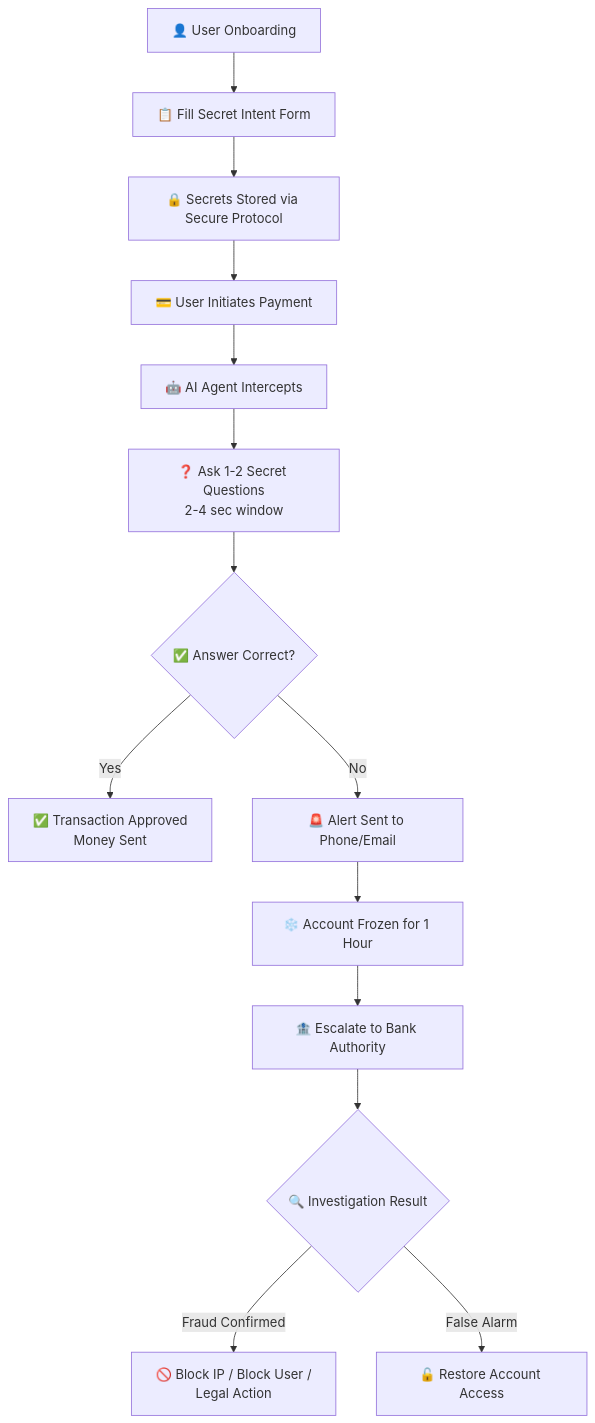
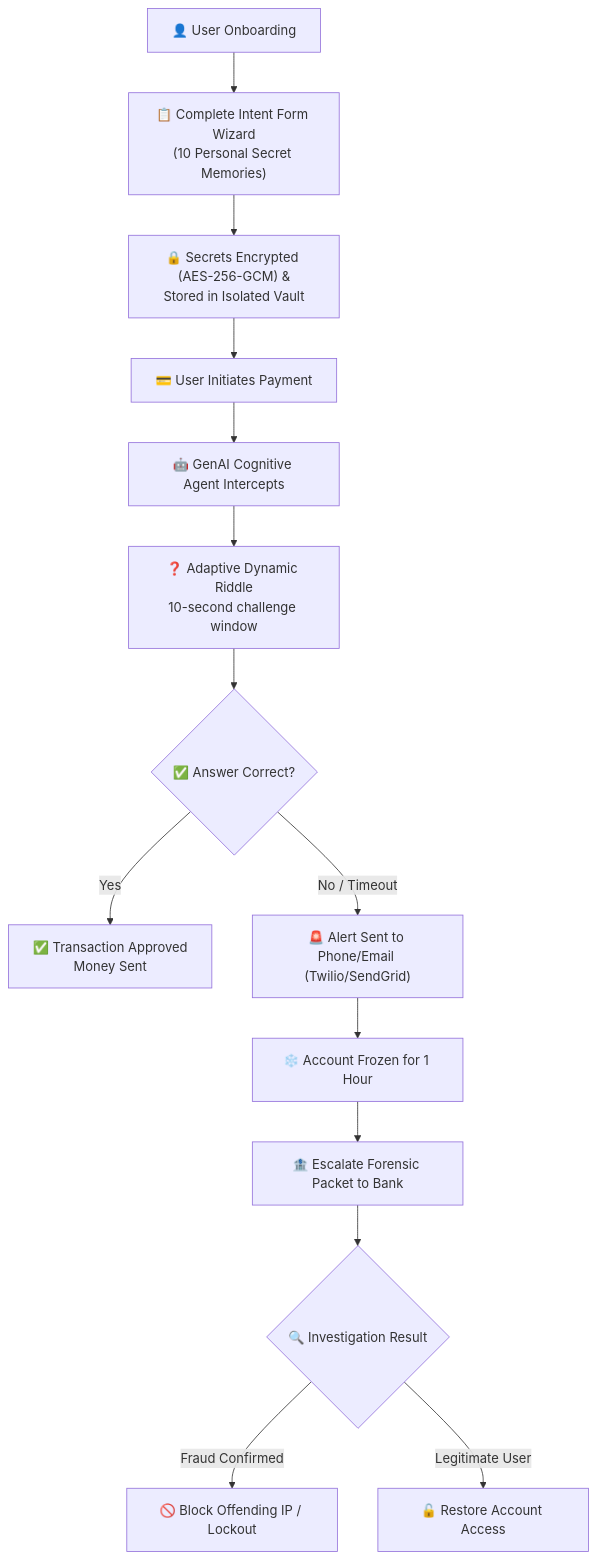
The first of 3 diagrams in paypal-idea-analysis.md (Harsh-tech81/PayPal-AI-Hackathon), drawn with Mermaid before and after one commit. The commit also changed other lines of this file and 6 other files, not shown here.

````diff
--- a/paypal-idea-analysis.md
+++ b/paypal-idea-analysis.md
@@ -24,16 +24,16 @@
 ```mermaid
 flowchart TD
-    A["👤 User Onboarding"] --> B["📋 Fill Secret Intent Form"]
-    B --> C["🔒 Secrets Stored via Secure Protocol"]
+    A["👤 User Onboarding"] --> B["📋 Complete Intent Form Wizard<br/>(10 Personal Secret Memories)"]
+    B --> C["🔒 Secrets Encrypted (AES-256-GCM) &<br/>Stored in Isolated Vault"]
     C --> D["💳 User Initiates Payment"]
-    D --> E["🤖 AI Agent Intercepts"]
-    E --> F["❓ Ask 1-2 Secret Questions<br/>2-4 sec window"]
+    D --> E["🤖 GenAI Cognitive Agent Intercepts"]
+    E --> F["❓ Adaptive Dynamic Riddle<br/>10-second challenge window"]
     F --> G{"✅ Answer Correct?"}
     G -->|Yes| H["✅ Transaction Approved<br/>Money Sent"]
-    G -->|No| I["🚨 Alert Sent to Phone/Email"]
+    G -->|No / Timeout| I["🚨 Alert Sent to Phone/Email (Twilio/SendGrid)"]
     I --> J["❄️ Account Frozen for 1 Hour"]
-    J --> K["🏦 Escalate to Bank Authority"]
+    J --> K["🏦 Escalate Forensic Packet to Bank"]
     K --> L{"🔍 Investigation Result"}
-    L -->|"Fraud Confirmed"| M["🚫 Block IP / Block User /<br/>Legal Action"]
-    L -->|"False Alarm"| N["🔓 Restore Account Access"]
+    L -->|"Fraud Confirmed"| M["🚫 Block Offending IP / Lockout"]
+    L -->|"Legitimate User"| N["🔓 Restore Account Access"]
 ```
````
